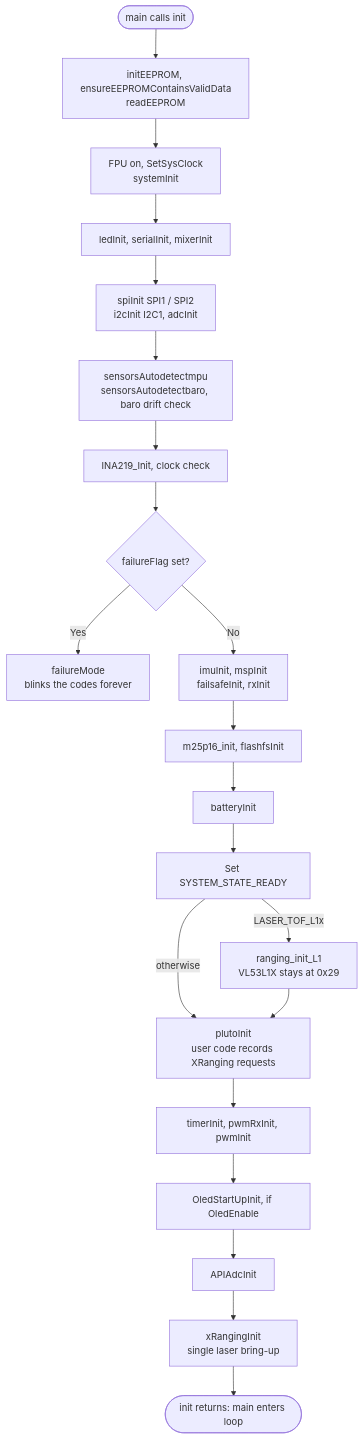
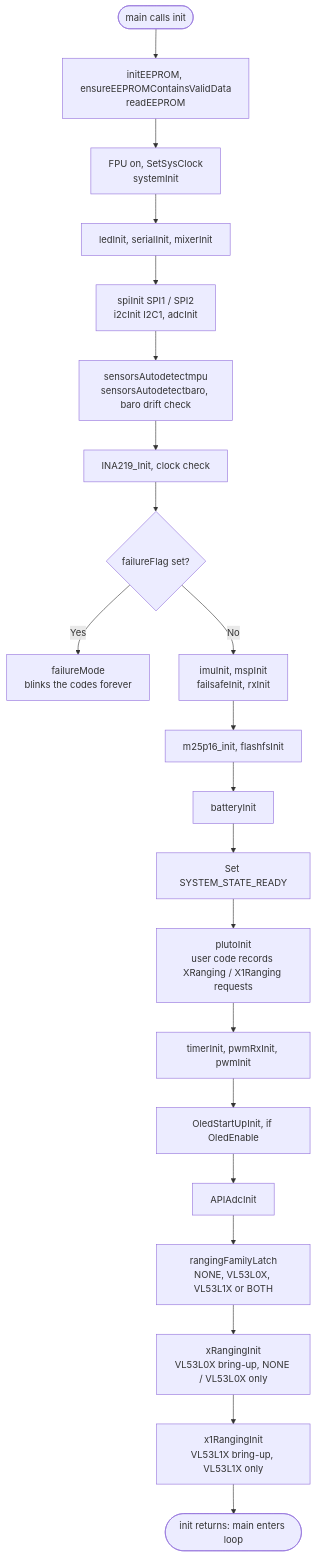
One commit to DronaAviation/MagisV2 changed the first of 3 diagrams in docs/fw-development-reference/fw-architecture-pipeline/subsystems/Main_Initialization.md. Above: the diagram before and after it, drawn with Mermaid. The commit also changed other lines of this file and 51 other files, not shown here.

````diff
--- a/docs/fw-development-reference/fw-architecture-pipeline/subsystems/Main_Initialization.md
+++ b/docs/fw-development-reference/fw-architecture-pipeline/subsystems/Main_Initialization.md
@@ -49,25 +56,25 @@
 ```mermaid
 flowchart TD
     Start([main calls init]) --> EEPROM[initEEPROM, ensureEEPROMContainsValidData<br/>readEEPROM]
     EEPROM --> MCU[FPU on, SetSysClock<br/>systemInit]
     MCU --> SER[ledInit, serialInit, mixerInit]
     SER --> BUS[spiInit SPI1 / SPI2<br/>i2cInit I2C1, adcInit]
     BUS --> Sensors[sensorsAutodetectmpu<br/>sensorsAutodetectbaro, baro drift check]
     Sensors --> INA[INA219_Init, clock check]
 
     INA --> Check{failureFlag set?}
     Check -- Yes --> Fail[failureMode<br/>blinks the codes forever]
     Check -- No --> Core[imuInit, mspInit<br/>failsafeInit, rxInit]
     Core --> Flash[m25p16_init, flashfsInit]
     Flash --> Batt[batteryInit]
     Batt --> Ready[Set SYSTEM_STATE_READY]
 
-    Ready -- LASER_TOF_L1x --> L1x[ranging_init_L1<br/>VL53L1X stays at 0x29]
-    Ready -- otherwise --> PlutoInit
-    L1x --> PlutoInit[plutoInit<br/>user code records XRanging requests]
+    Ready --> PlutoInit[plutoInit<br/>user code records XRanging / X1Ranging requests]
     PlutoInit --> Timers[timerInit, pwmRxInit, pwmInit]
     Timers --> Oled[OledStartUpInit, if OledEnable]
     Oled --> AdcApi[APIAdcInit]
-    AdcApi --> XR[xRangingInit<br/>single laser bring-up]
-    XR --> Loop([init returns: main enters loop])
+    AdcApi --> Fam[rangingFamilyLatch<br/>NONE, VL53L0X, VL53L1X or BOTH]
+    Fam --> XR[xRangingInit<br/>VL53L0X bring-up, NONE / VL53L0X only]
+    XR --> X1[x1RangingInit<br/>VL53L1X bring-up, VL53L1X only]
+    X1 --> Loop([init returns: main enters loop])
 ```
````
